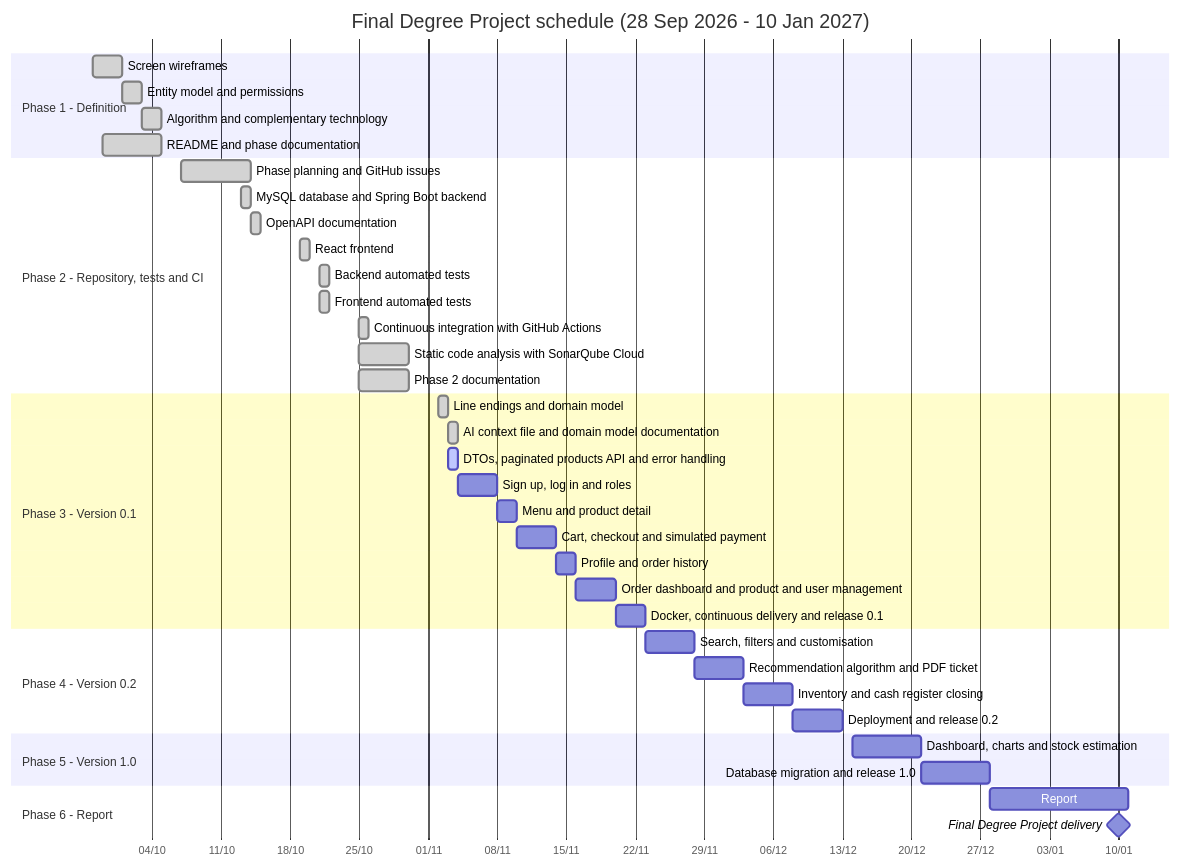
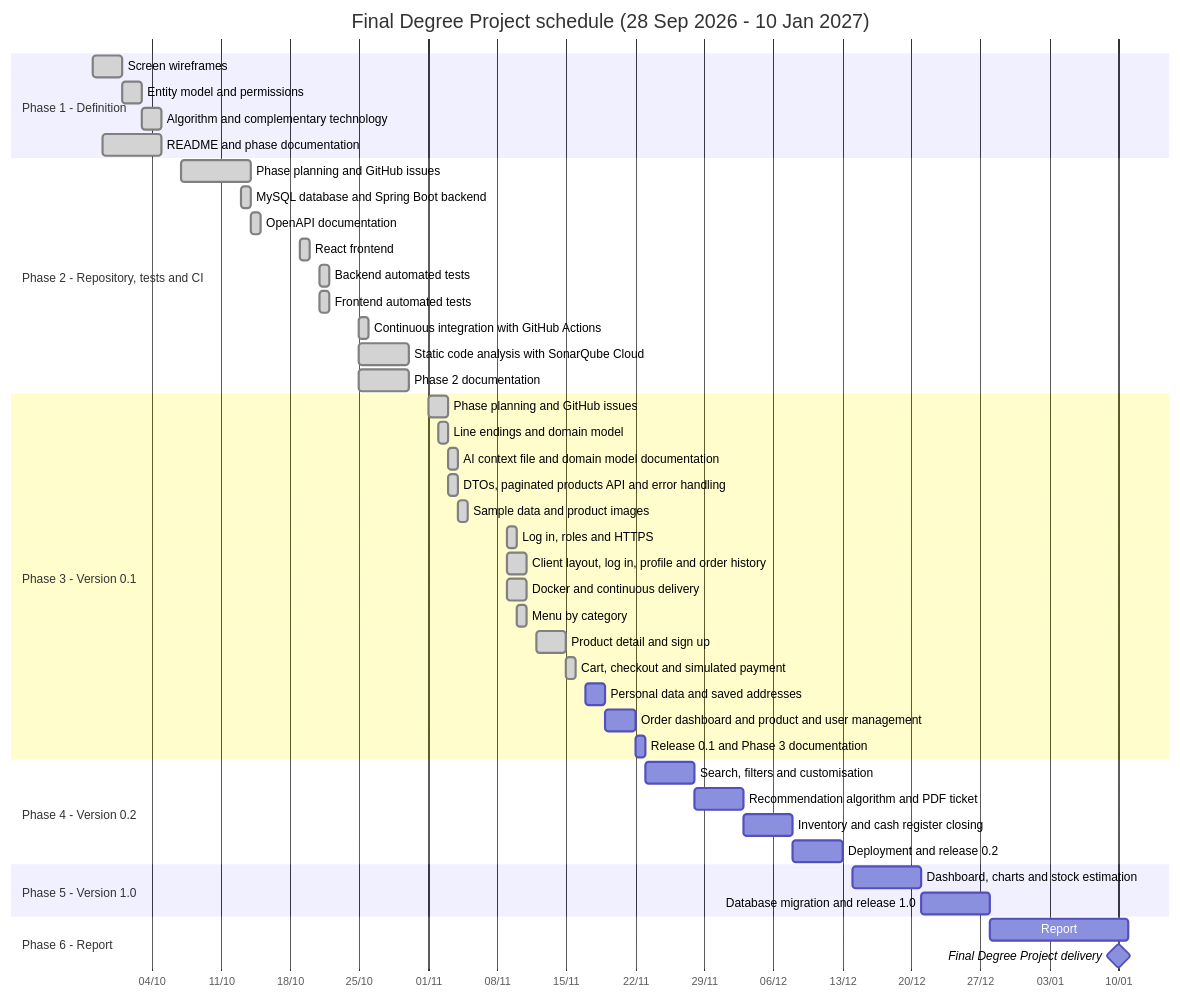
The diagram in docs/methodology.md (codeurjc-students/2026-Kombo), drawn with Mermaid before and after one commit. The commit also changed 3 other files, not shown here.

Commit message:
Update the Gantt chart with the real dates of Phase 3

````diff
--- a/docs/methodology.md
+++ b/docs/methodology.md
@@ -17,49 +17,54 @@
 ```mermaid
 gantt
     title Final Degree Project schedule (28 Sep 2026 - 10 Jan 2027)
     dateFormat YYYY-MM-DD
     axisFormat %d/%m
     tickInterval 1week
 
     section Phase 1 - Definition
     Screen wireframes                                :done, f1a, 2026-09-28, 3d
     Entity model and permissions                     :done, f1b, 2026-10-01, 2d
     Algorithm and complementary technology           :done, f1c, 2026-10-03, 2d
     README and phase documentation                   :done, f1d, 2026-09-29, 6d
 
     section Phase 2 - Repository, tests and CI
     Phase planning and GitHub issues                 :done, f2a, 2026-10-07, 7d
     MySQL database and Spring Boot backend           :done, f2b, 2026-10-13, 1d
     OpenAPI documentation                            :done, f2c, 2026-10-14, 1d
     React frontend                                   :done, f2d, 2026-10-19, 1d
     Backend automated tests                          :done, f2e, 2026-10-21, 1d
     Frontend automated tests                         :done, f2f, 2026-10-21, 1d
     Continuous integration with GitHub Actions       :done, f2g, 2026-10-25, 1d
     Static code analysis with SonarQube Cloud        :done, f2h, 2026-10-25, 5d
     Phase 2 documentation                            :done, f2i, 2026-10-25, 5d
 
     section Phase 3 - Version 0.1
+    Phase planning and GitHub issues                 :done, f3p, 2026-11-01, 2d
     Line endings and domain model                    :done, f3m, 2026-11-02, 1d
     AI context file and domain model documentation   :done, f3n, 2026-11-03, 1d
-    DTOs, paginated products API and error handling  :active, f3o, 2026-11-03, 1d
-    Sign up, log in and roles                        :f3a, 2026-11-04, 4d
-    Menu and product detail                          :f3b, after f3a, 2d
-    Cart, checkout and simulated payment             :f3c, after f3b, 4d
-    Profile and order history                        :f3d, after f3c, 2d
-    Order dashboard and product and user management  :f3e, after f3d, 4d
-    Docker, continuous delivery and release 0.1      :f3f, after f3e, 3d
+    DTOs, paginated products API and error handling  :done, f3o, 2026-11-03, 1d
+    Sample data and product images                   :done, f3s, 2026-11-04, 1d
+    Log in, roles and HTTPS                          :done, f3a, 2026-11-09, 1d
+    Client layout, log in, profile and order history :done, f3l, 2026-11-09, 2d
+    Docker and continuous delivery                   :done, f3c, 2026-11-09, 2d
+    Menu by category                                 :done, f3b, 2026-11-10, 1d
+    Product detail and sign up                       :done, f3d, 2026-11-12, 3d
+    Cart, checkout and simulated payment             :done, f3k, 2026-11-15, 1d
+    Personal data and saved addresses                :f3u, 2026-11-17, 2d
+    Order dashboard and product and user management  :f3e, after f3u, 3d
+    Release 0.1 and Phase 3 documentation            :f3r, after f3e, 1d
 
     section Phase 4 - Version 0.2
     Search, filters and customisation                :f4a, 2026-11-23, 5d
     Recommendation algorithm and PDF ticket          :f4b, after f4a, 5d
     Inventory and cash register closing              :f4c, after f4b, 5d
     Deployment and release 0.2                       :f4d, after f4c, 5d
 
     section Phase 5 - Version 1.0
     Dashboard, charts and stock estimation           :f5a, 2026-12-14, 7d
     Database migration and release 1.0               :f5b, after f5a, 7d
 
     section Phase 6 - Report
     Report                                           :f6a, 2026-12-28, 14d
     Final Degree Project delivery                    :milestone, m1, 2027-01-10, 0d
 ```
````
